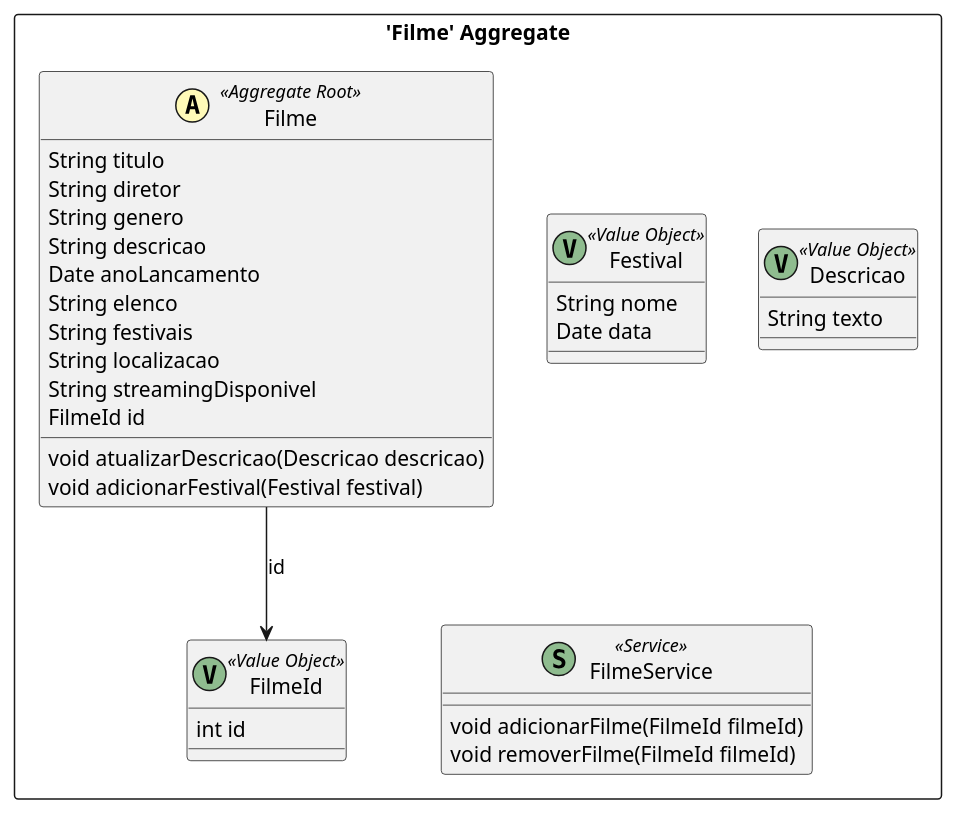
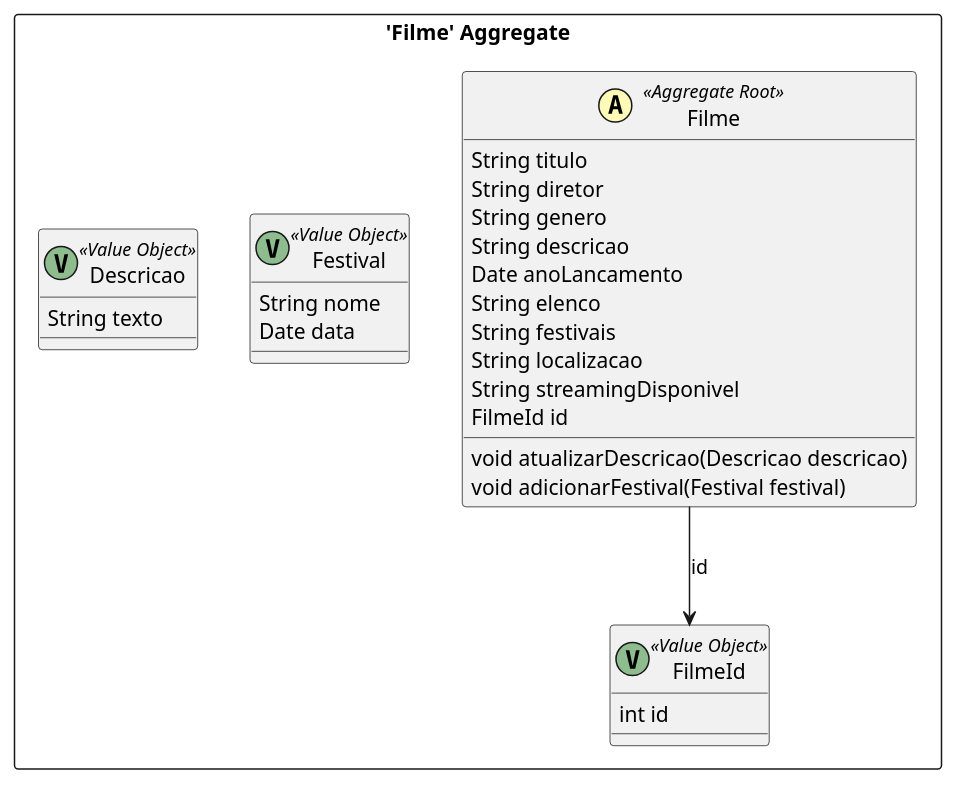
Before and after one commit to mariajuliapessoa/Plataforma-de-Cinema-Brasileiro: the diagram in src-gen/Bracine_BC_Administracao_Filme.puml, drawn with PlantUML. The commit also changed 10 other files, not shown here.

```diff
--- a/src-gen/Bracine_BC_Administracao_Filme.puml
+++ b/src-gen/Bracine_BC_Administracao_Filme.puml
@@ -1,38 +1,34 @@
 @startuml
 
 skinparam componentStyle uml2
 
 package "'Filme' Aggregate" <<Rectangle>> {
 	class Filme <<(A,#fffab8) Aggregate Root>> {
 		String titulo
 		String diretor
 		String genero
 		String descricao
 		Date anoLancamento
 		String elenco
 		String festivais
 		String localizacao
 		String streamingDisponivel
 		FilmeId id
 		void atualizarDescricao(Descricao descricao)
 		void adicionarFestival(Festival festival)
 	}
 	class FilmeId <<(V,DarkSeaGreen) Value Object>> {
 		int id
 	}
 	class Festival <<(V,DarkSeaGreen) Value Object>> {
 		String nome
 		Date data
 	}
 	class Descricao <<(V,DarkSeaGreen) Value Object>> {
 		String texto
 	}
-	class FilmeService <<(S,DarkSeaGreen) Service>> {
-		void adicionarFilme(FilmeId filmeId)
-		void removerFilme(FilmeId filmeId)
-	}
 }
 Filme --> FilmeId : id
 
 
 @enduml
```
